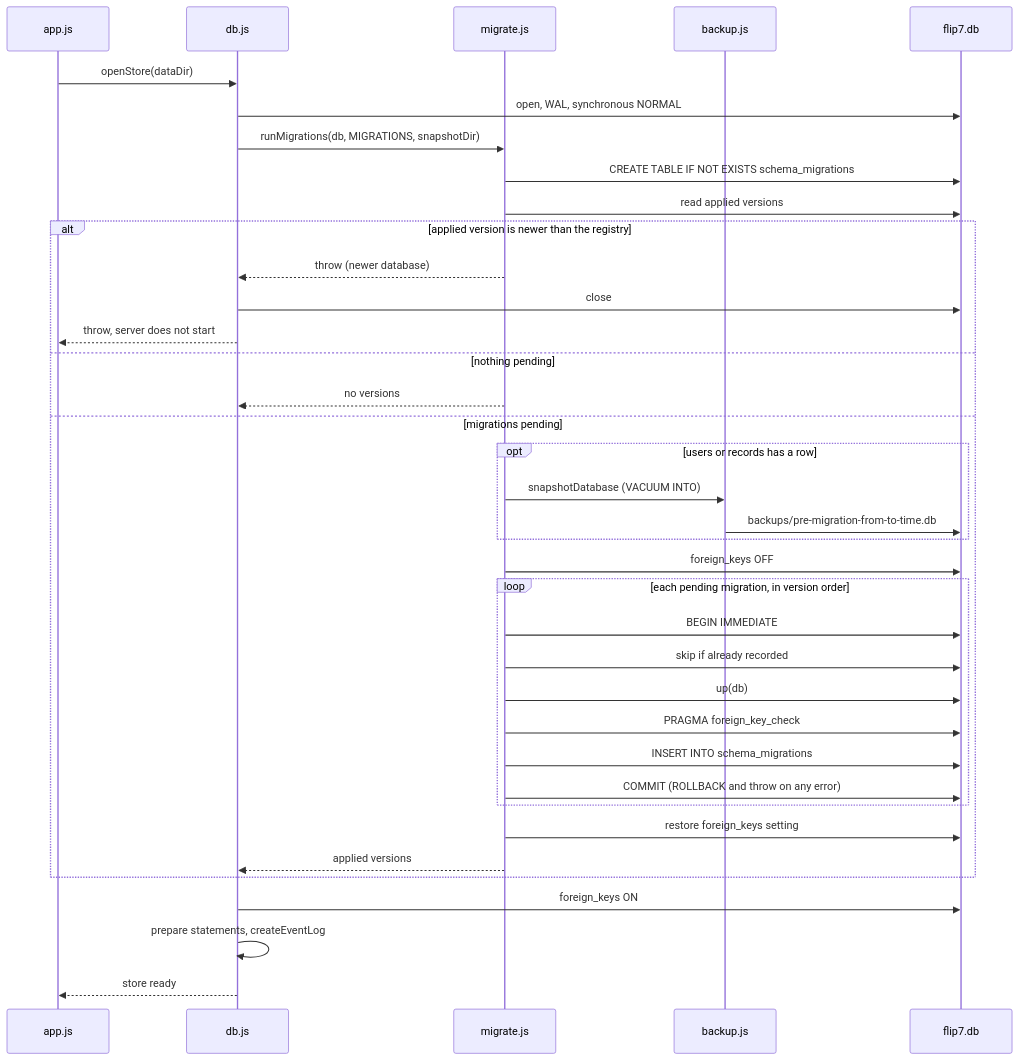
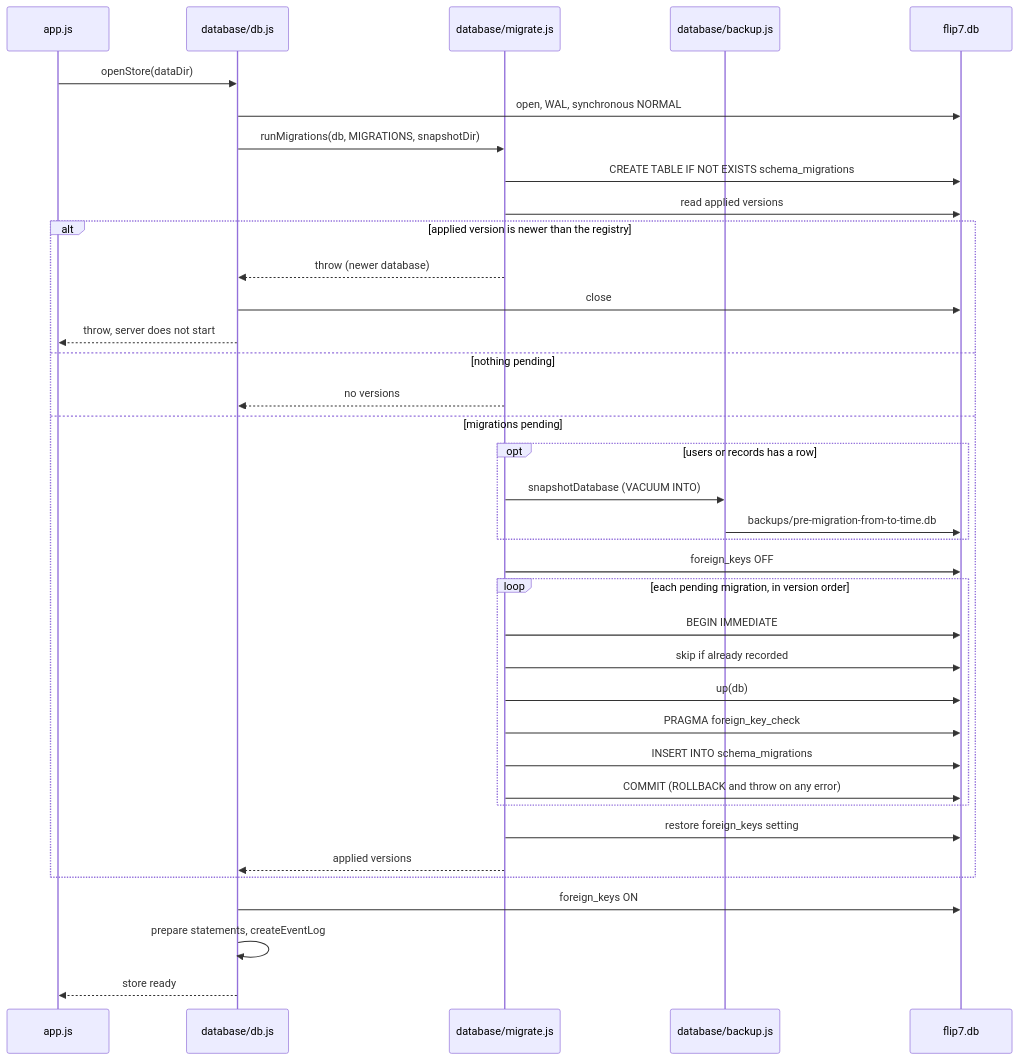
Before and after one commit to ruttyj/FlipShowdown: the third of 4 diagrams in docs/database.md, drawn with Mermaid. The commit also changed other lines of this file and 6 other files, not shown here.

````diff
--- a/docs/database.md
+++ b/docs/database.md
@@ -242,40 +244,40 @@
 ```mermaid
 sequenceDiagram
     participant App as app.js
-    participant Db as db.js
-    participant Runner as migrate.js
-    participant Backup as backup.js
+    participant Db as database/db.js
+    participant Runner as database/migrate.js
+    participant Backup as database/backup.js
     participant File as flip7.db
 
     App->>Db: openStore(dataDir)
     Db->>File: open, WAL, synchronous NORMAL
     Db->>Runner: runMigrations(db, MIGRATIONS, snapshotDir)
     Runner->>File: CREATE TABLE IF NOT EXISTS schema_migrations
     Runner->>File: read applied versions
     alt applied version is newer than the registry
         Runner-->>Db: throw (newer database)
         Db->>File: close
         Db-->>App: throw, server does not start
     else nothing pending
         Runner-->>Db: no versions
     else migrations pending
         opt users or records has a row
             Runner->>Backup: snapshotDatabase (VACUUM INTO)
             Backup->>File: backups/pre-migration-from-to-time.db
         end
         Runner->>File: foreign_keys OFF
         loop each pending migration, in version order
             Runner->>File: BEGIN IMMEDIATE
             Runner->>File: skip if already recorded
             Runner->>File: up(db)
             Runner->>File: PRAGMA foreign_key_check
             Runner->>File: INSERT INTO schema_migrations
             Runner->>File: COMMIT (ROLLBACK and throw on any error)
         end
         Runner->>File: restore foreign_keys setting
         Runner-->>Db: applied versions
     end
     Db->>File: foreign_keys ON
     Db->>Db: prepare statements, createEventLog
     Db-->>App: store ready
 ```
````
